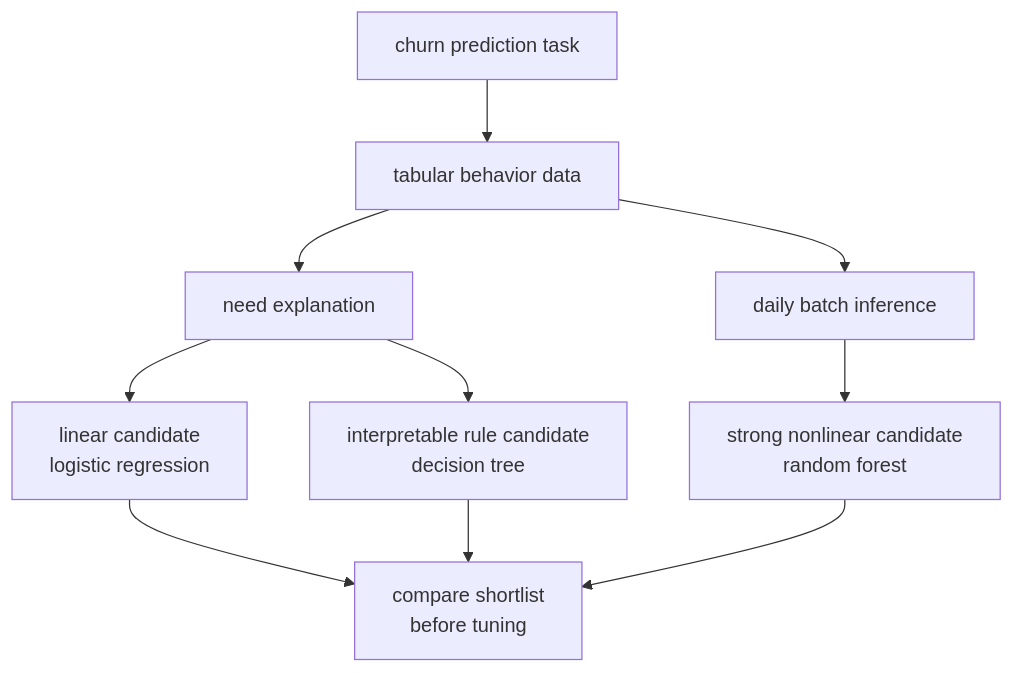
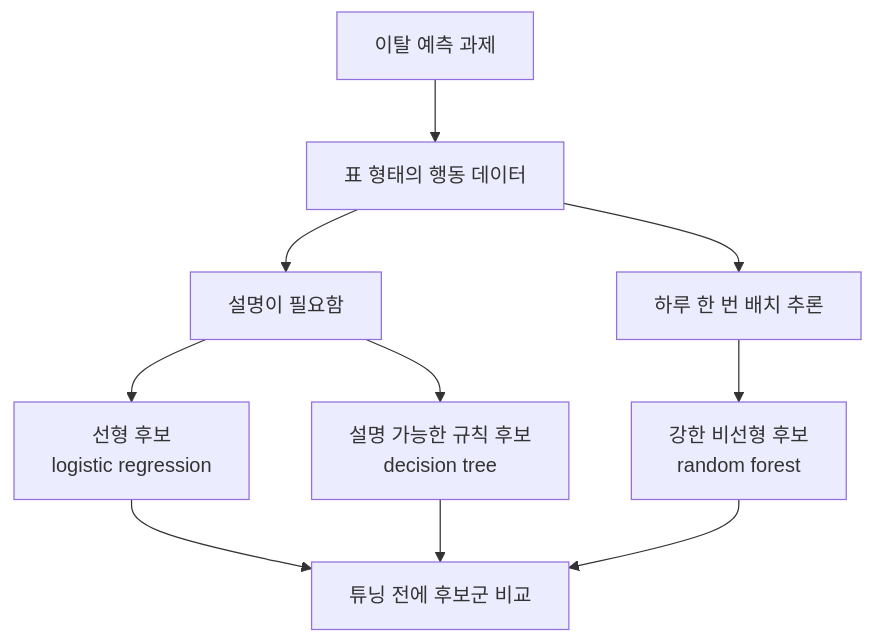
Before and after one commit to devchan64/AiBook: the third of 3 diagrams in docs/parts/part-04/chapter-08/section-01.md, drawn with Mermaid. The commit also changed other lines of this file and 138 other files, not shown here.

````diff
--- a/docs/parts/part-04/chapter-08/section-01.md
+++ b/docs/parts/part-04/chapter-08/section-01.md
@@ -393,21 +393,21 @@
 ```mermaid
 flowchart TD
-  A["churn prediction task"]
-  B["tabular behavior data"]
-  C["need explanation"]
-  D["daily batch inference"]
-  E["linear candidate<br/>logistic regression"]
-  F["interpretable rule candidate<br/>decision tree"]
-  G["strong nonlinear candidate<br/>random forest"]
-  H["compare shortlist<br/>before tuning"]
+  A["이탈 예측 과제"]
+  B["표 형태의 행동 데이터"]
+  C["설명이 필요함"]
+  D["하루 한 번 배치 추론"]
+  E["선형 후보<br/>logistic regression"]
+  F["설명 가능한 규칙 후보<br/>decision tree"]
+  G["강한 비선형 후보<br/>random forest"]
+  H["튜닝 전에 후보군 비교"]
 
   A --> B
   B --> C
   B --> D
   C --> E
   C --> F
   D --> G
   E --> H
   F --> H
   G --> H
 ```
````
